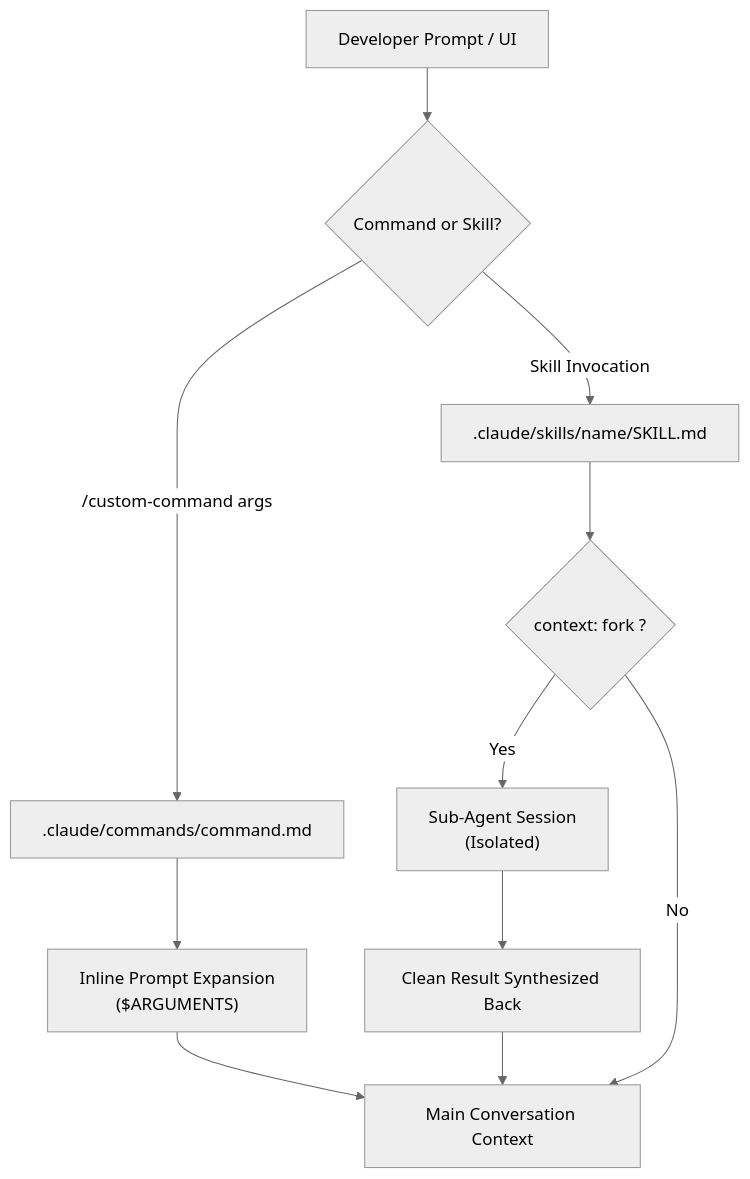
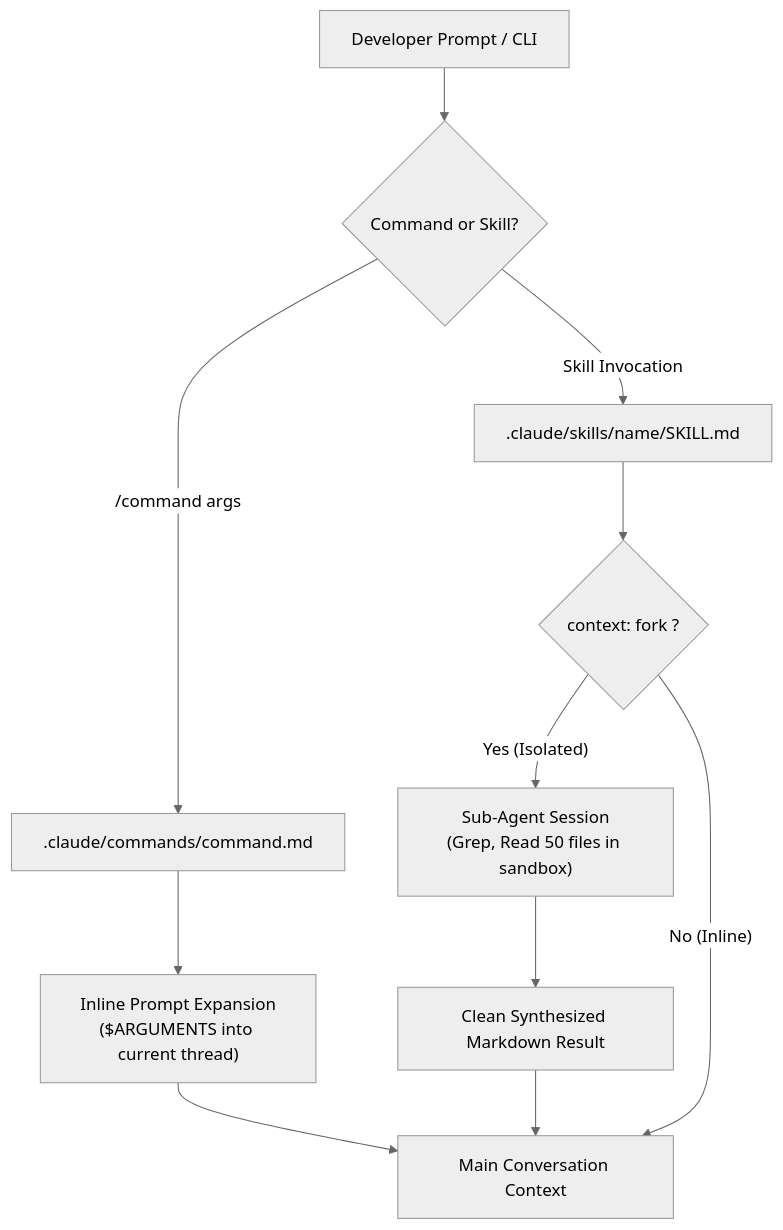
Before and after one commit to dip4k/claude_cert_architect_foundation_prep: the diagram in domain3/ts_3_2_slash_commands_and_skills/README.md, drawn with Mermaid (neutral theme). The commit also changed other lines of this file and 59 other files, not shown here.

````diff
--- a/domain3/ts_3_2_slash_commands_and_skills/README.md
+++ b/domain3/ts_3_2_slash_commands_and_skills/README.md
@@ -10,15 +78,17 @@
 ```mermaid
 flowchart TD
-    User["Developer Prompt / UI"] --> Choice{"Command or Skill?"}
+    User["Developer Prompt / CLI"] --> Choice{"Command or Skill?"}
     
-    Choice -->|"/custom-command args"| Cmd[".claude/commands/command.md"]
-    Cmd --> Inline["Inline Prompt Expansion<br>($ARGUMENTS)"]
+    Choice -->|"/command args"| Cmd[".claude/commands/command.md"]
+    Cmd --> Inline["Inline Prompt Expansion<br>($ARGUMENTS into current thread)"]
     Inline --> MainCtx["Main Conversation Context"]
     
     Choice -->|"Skill Invocation"| Skill[".claude/skills/name/SKILL.md"]
     Skill --> ForkCheck{"context: fork ?"}
-    ForkCheck -->|"Yes"| Sub["Sub-Agent Session<br>(Isolated)"]
-    Sub --> CleanResult["Clean Result Synthesized Back"]
+    
+    ForkCheck -->|"Yes (Isolated)"| Sub["Sub-Agent Session<br>(Grep, Read 50 files in sandbox)"]
+    Sub --> CleanResult["Clean Synthesized Markdown Result"]
     CleanResult --> MainCtx
-    ForkCheck -->|"No"| MainCtx
+    
+    ForkCheck -->|"No (Inline)"| MainCtx
 ```
````
